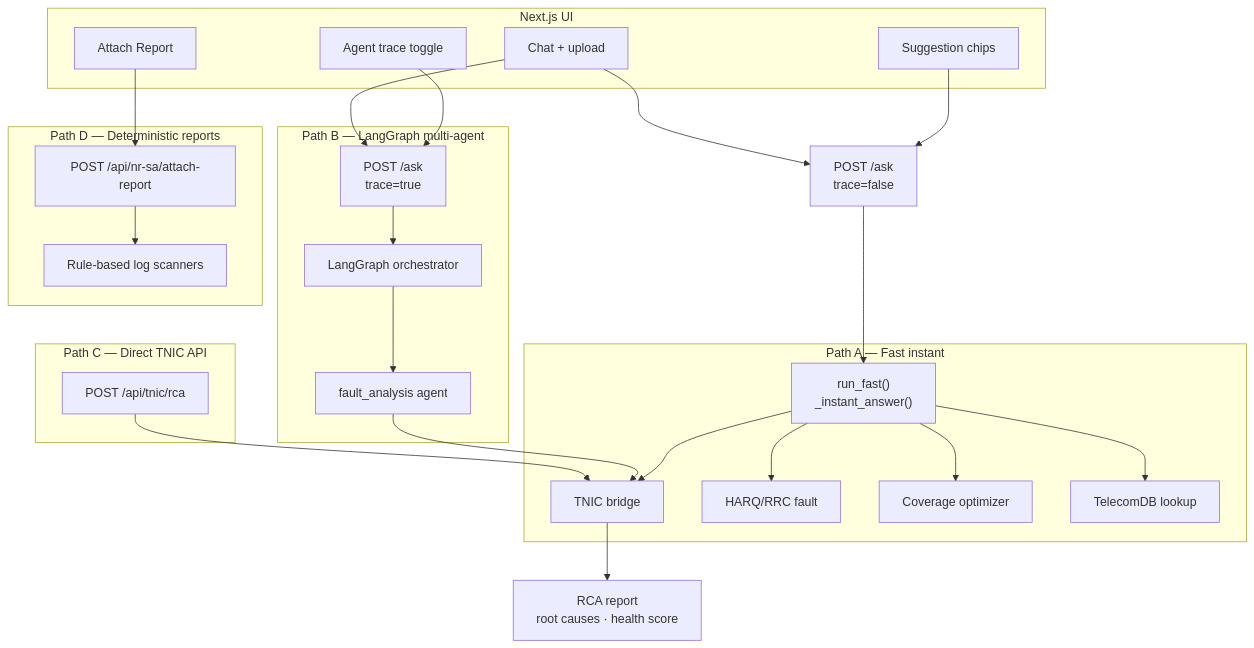
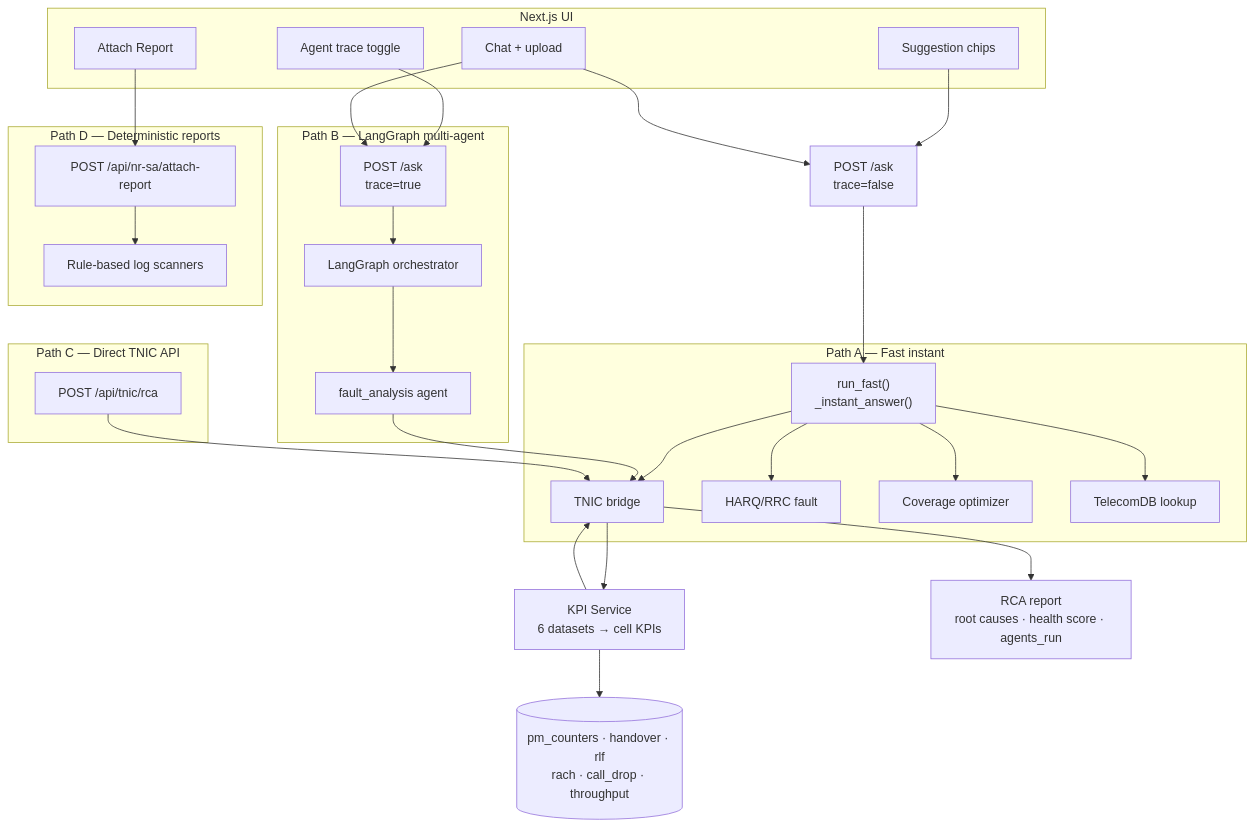
Before and after one commit to aqil2020in/telecomgpt: the second of 10 diagrams in docs/ARCHITECTURE.md, drawn with Mermaid. The commit also changed other lines of this file and 1 other file, not shown here.

First line of the commit message:
Update architecture diagrams for TNIC, datasets, and deployment

````diff
--- a/docs/ARCHITECTURE.md
+++ b/docs/ARCHITECTURE.md
@@ -84,52 +86,55 @@
 ```mermaid
 flowchart TB
     subgraph UI["Next.js UI"]
         Chips["Suggestion chips"]
         Chat["Chat + upload"]
         Attach["Attach Report"]
         Trace["Agent trace toggle"]
     end
 
     subgraph PathA["Path A — Fast instant"]
         Fast["run_fast()\n_instant_answer()"]
         TNIC_F["TNIC bridge"]
         HARQ["HARQ/RRC fault"]
         COV["Coverage optimizer"]
         KB_F["TelecomDB lookup"]
     end
 
     subgraph PathB["Path B — LangGraph multi-agent"]
         Ask["POST /ask\ntrace=true"]
         Orch["LangGraph orchestrator"]
         FA["fault_analysis agent"]
     end
 
     subgraph PathC["Path C — Direct TNIC API"]
         TNIC_API["POST /api/tnic/rca"]
     end
 
     subgraph PathD["Path D — Deterministic reports"]
         AttachAPI["POST /api/nr-sa/attach-report"]
         Scan["Rule-based log scanners"]
     end
 
     Chips --> Ask2["POST /ask\ntrace=false"]
     Chat --> Ask2
     Ask2 --> Fast
     Fast --> TNIC_F
     Fast --> HARQ
     Fast --> COV
     Fast --> KB_F
 
     Trace --> Ask
     Chat --> Ask
     Ask --> Orch
     Orch --> FA
     FA --> TNIC_F
 
     TNIC_API --> TNIC_F
-    TNIC_F --> RCA["RCA report\nroot causes · health score"]
+    TNIC_F --> KPI["KPI Service\n6 datasets → cell KPIs"]
+    KPI --> DS6[("pm_counters · handover · rlf\nrach · call_drop · throughput")]
+    KPI --> TNIC_F
+    TNIC_F --> RCA["RCA report\nroot causes · health score · agents_run"]
 
     Attach --> AttachAPI
     AttachAPI --> Scan
 ```
````
